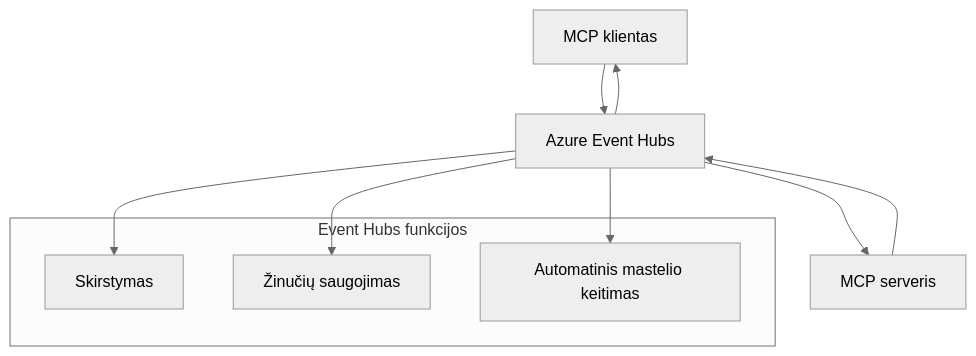
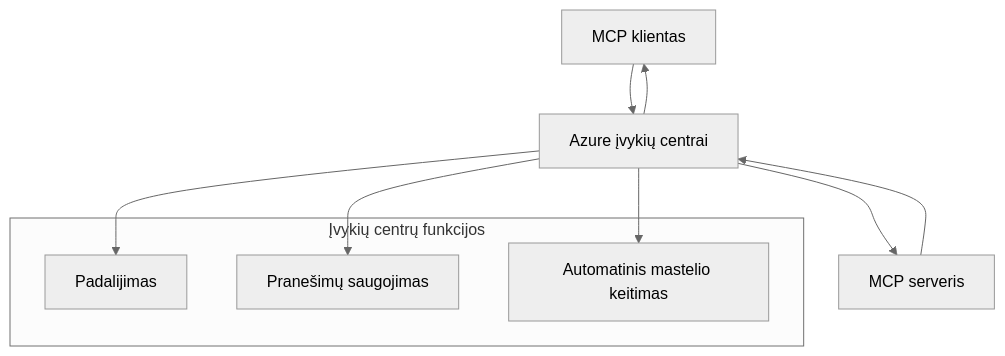
One commit to HIDORAKAI002/ai-workspace-archive changed the second of 2 diagrams in mcp_ecosystem__model_context_protocol/mcp_learning_resources/mcp-for-beginners/translations/lt/05-AdvancedTopics/mcp-transport/README.md. Above: the diagram before and after it, drawn with Mermaid (neutral theme). The commit also changed other lines of this file and 1046 other files, not shown here.

````diff
--- a/mcp_ecosystem__model_context_protocol/mcp_learning_resources/mcp-for-beginners/translations/lt/05-AdvancedTopics/mcp-transport/README.md
+++ b/mcp_ecosystem__model_context_protocol/mcp_learning_resources/mcp-for-beginners/translations/lt/05-AdvancedTopics/mcp-transport/README.md
@@ -270,17 +272,17 @@
 ```mermaid
 graph TB
-    Client[MCP klientas] --> EH[Azure Event Hubs]
+    Client[MCP klientas] --> EH[Azure įvykių centrai]
     EH --> Server[MCP serveris]
     Server --> EH
     EH --> Client
     
-    subgraph "Event Hubs funkcijos"
-        Partition[Skirstymas]
-        Retention[Žinučių saugojimas]
+    subgraph "Įvykių centrų funkcijos"
+        Partition[Padalijimas]
+        Retention[Pranešimų saugojimas]
         Scaling[Automatinis mastelio keitimas]
     end
     
     EH --> Partition
     EH --> Retention
     EH --> Scaling
 ```
````
